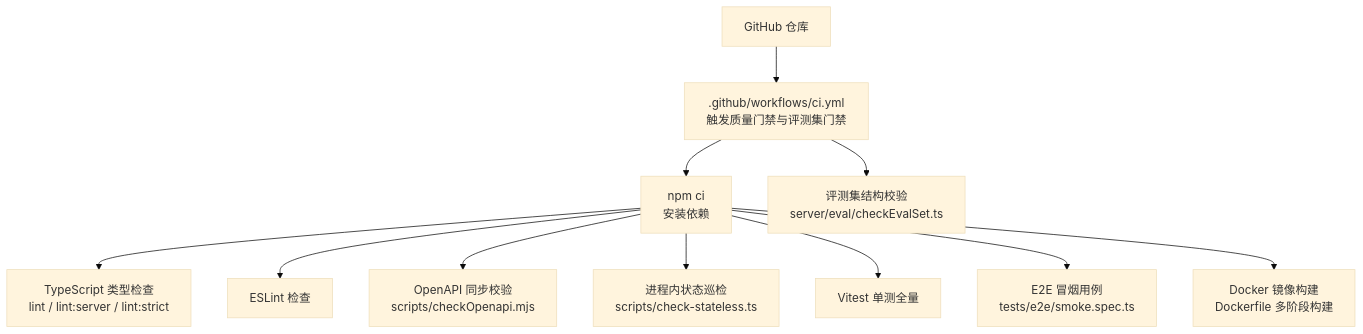
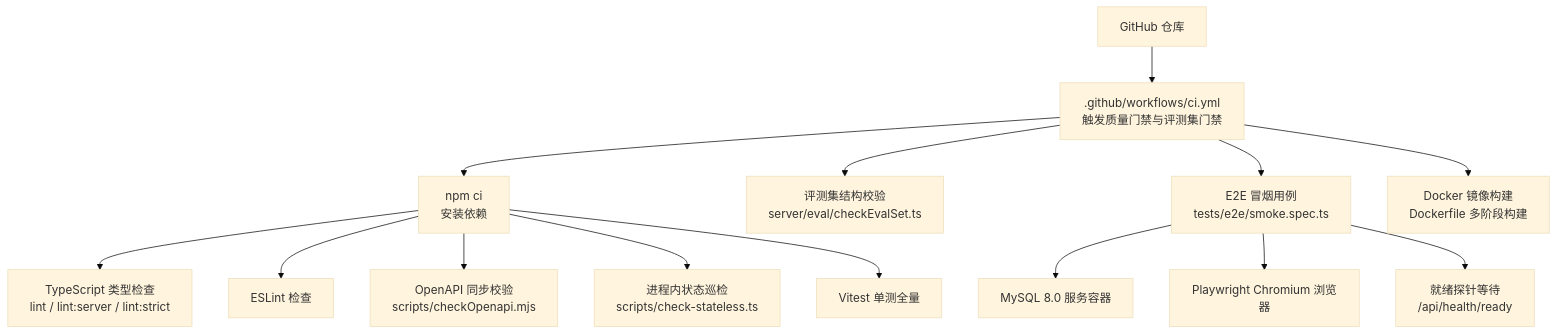
One commit to dgjin/smart-data-analytics changed the first of 9 diagrams in .qoder/repowiki/zh/content/部署指南/CI_CD流水线.md. Above: the diagram before and after it, drawn with Mermaid (base theme). The commit also changed other lines of this file and 100 other files, not shown here.

````diff
--- a/.qoder/repowiki/zh/content/部署指南/CI_CD流水线.md
+++ b/.qoder/repowiki/zh/content/部署指南/CI_CD流水线.md
@@ -37,13 +50,16 @@
 ```mermaid
 graph TB
 A["GitHub 仓库"] --> B[".github/workflows/ci.yml<br/>触发质量门禁与评测集门禁"]
 B --> C["npm ci<br/>安装依赖"]
 C --> D["TypeScript 类型检查<br/>lint / lint:server / lint:strict"]
 C --> E["ESLint 检查"]
 C --> F["OpenAPI 同步校验<br/>scripts/checkOpenapi.mjs"]
 C --> G["进程内状态巡检<br/>scripts/check-stateless.ts"]
 C --> H["Vitest 单测全量"]
 B --> I["评测集结构校验<br/>server/eval/checkEvalSet.ts"]
-C --> J["E2E 冒烟用例<br/>tests/e2e/smoke.spec.ts"]
-C --> K["Docker 镜像构建<br/>Dockerfile 多阶段构建"]
+B --> J["E2E 冒烟用例<br/>tests/e2e/smoke.spec.ts"]
+J --> K["MySQL 8.0 服务容器"]
+J --> L["Playwright Chromium 浏览器"]
+J --> M["就绪探针等待<br/>/api/health/ready"]
+B --> N["Docker 镜像构建<br/>Dockerfile 多阶段构建"]
 ```
````
